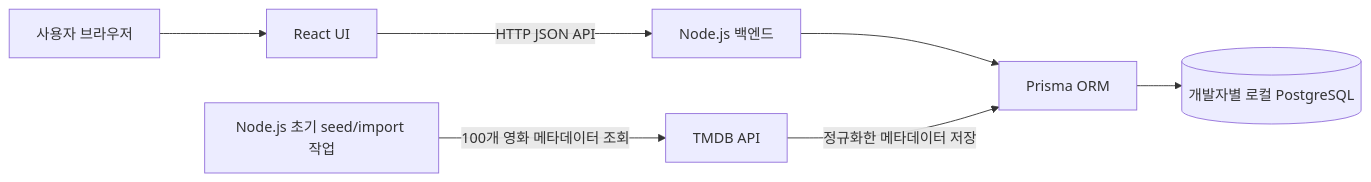
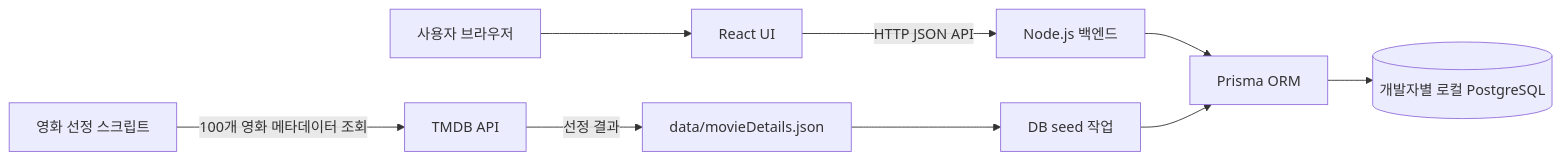
The diagram in docs/ARCHITECTURE.md (Sprint-project-1/backend), drawn with Mermaid before and after one commit. The commit also changed other lines of this file and 10 other files, not shown here.

````diff
--- a/docs/ARCHITECTURE.md
+++ b/docs/ARCHITECTURE.md
@@ -9,9 +9,11 @@
 ```mermaid
 flowchart LR
   U[사용자 브라우저] --> R[React UI]
   R -->|HTTP JSON API| S[Node.js 백엔드]
   S --> P[Prisma ORM]
   P --> D[(개발자별 로컬 PostgreSQL)]
-  I[Node.js 초기 seed/import 작업] -->|100개 영화 메타데이터 조회| T[TMDB API]
-  T -->|정규화한 메타데이터 저장| P
+  I[영화 선정 스크립트] -->|100개 영화 메타데이터 조회| T[TMDB API]
+  T -->|선정 결과| J[data/movieDetails.json]
+  J --> B[DB seed 작업]
+  B --> P
 ```
````
